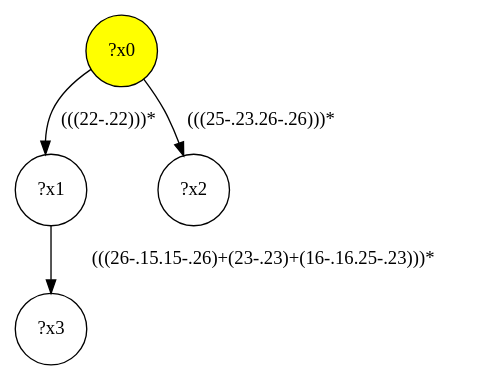
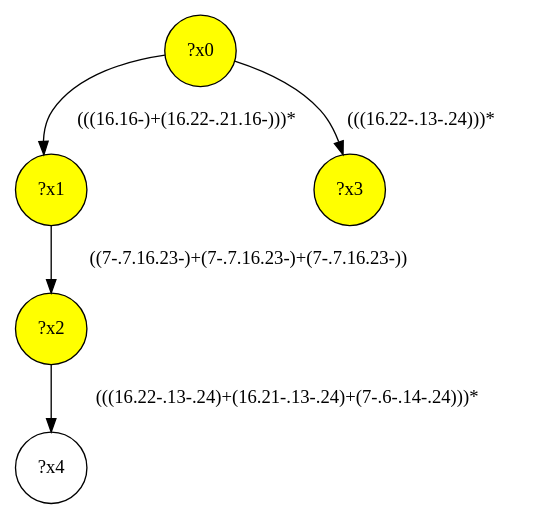
Before and after one commit to gbagan/gmark: the diagram in demo/social/social-interface/query-44.dot, drawn with Graphviz. The commit also changed 1418 other files, not shown here.

```diff
--- a/demo/social/social-interface/query-44.dot
+++ b/demo/social/social-interface/query-44.dot
@@ -1,9 +1,11 @@
 digraph g {
+	x1 [fillcolor="yellow", style="filled," shape=circle, label="?x1"];
+	x2 [fillcolor="yellow", style="filled," shape=circle, label="?x2"];
+	x3 [fillcolor="yellow", style="filled," shape=circle, label="?x3"];
 	x0 [fillcolor="yellow", style="filled," shape=circle, label="?x0"];
-	x1 [shape=circle, label="?x1"];
-	x0 -> x1 [label="(((22-.22)))*"];
-	x2 [shape=circle, label="?x2"];
-	x0 -> x2 [label="(((25-.23.26-.26)))*"];
-	x3 [shape=circle, label="?x3"];
-	x1 -> x3 [label="(((26-.15.15-.26)+(23-.23)+(16-.16.25-.23)))*"];
+	x0 -> x1 [label="(((16.16-)+(16.22-.21.16-)))*"];
+	x1 -> x2 [label="((7-.7.16.23-)+(7-.7.16.23-)+(7-.7.16.23-))"];
+	x0 -> x3 [label="(((16.22-.13-.24)))*"];
+	x4 [shape=circle, label="?x4"];
+	x2 -> x4 [label="(((16.22-.13-.24)+(16.21-.13-.24)+(7-.6-.14-.24)))*"];
 }
```
